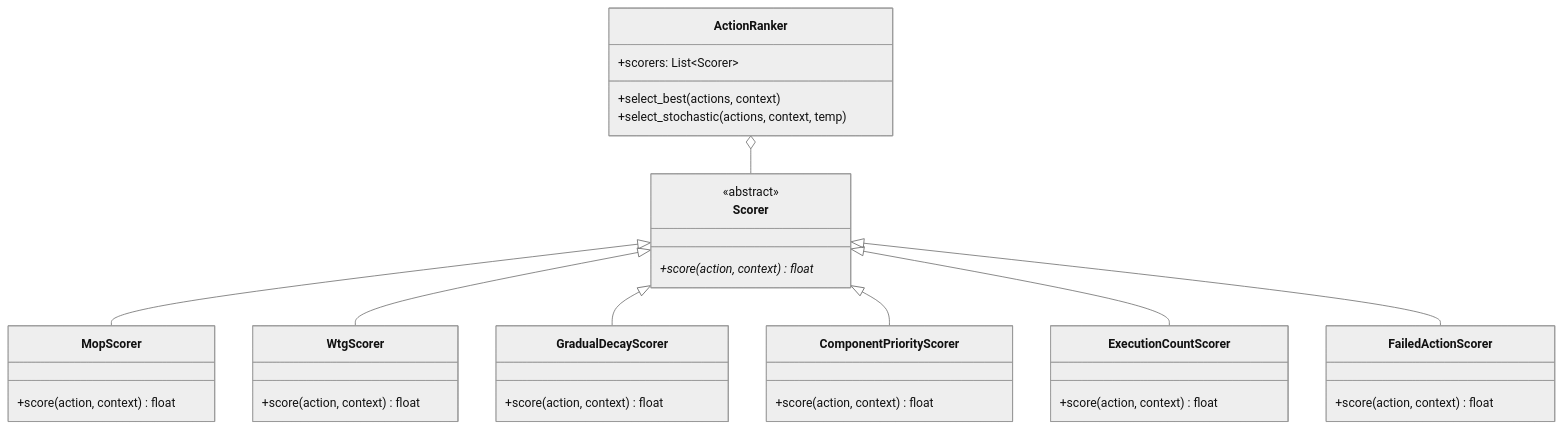
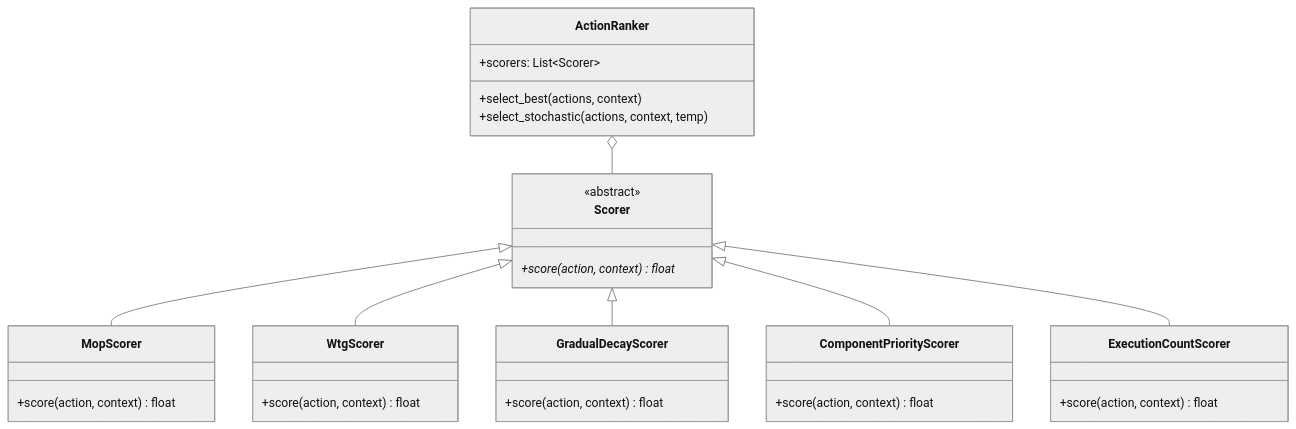
The sixth of 6 diagrams in rv-android/modules/rv-agent/docs/architecture.md (PAMunb/rvsec), drawn with Mermaid before and after one commit. The commit also changed other lines of this file and 17 other files, not shown here.

````diff
--- a/rv-android/modules/rv-agent/docs/architecture.md
+++ b/rv-android/modules/rv-agent/docs/architecture.md
@@ -399,47 +399,42 @@
 ```mermaid
 %%{init: {'theme': 'neutral'}}%%
 classDiagram
     class Scorer {
         <<abstract>>
         +score(action, context)* float
     }
 
     class ActionRanker {
         +scorers: List~Scorer~
         +select_best(actions, context)
         +select_stochastic(actions, context, temp)
     }
 
     class MopScorer {
         +score(action, context) float
     }
 
     class WtgScorer {
         +score(action, context) float
     }
 
     class GradualDecayScorer {
         +score(action, context) float
     }
 
     class ComponentPriorityScorer {
         +score(action, context) float
     }
 
     class ExecutionCountScorer {
         +score(action, context) float
     }
 
-    class FailedActionScorer {
-        +score(action, context) float
-    }
-
     Scorer <|-- MopScorer
     Scorer <|-- WtgScorer
     Scorer <|-- GradualDecayScorer
     Scorer <|-- ComponentPriorityScorer
     Scorer <|-- ExecutionCountScorer
-    Scorer <|-- FailedActionScorer
 
     ActionRanker o-- Scorer
 ```
````
